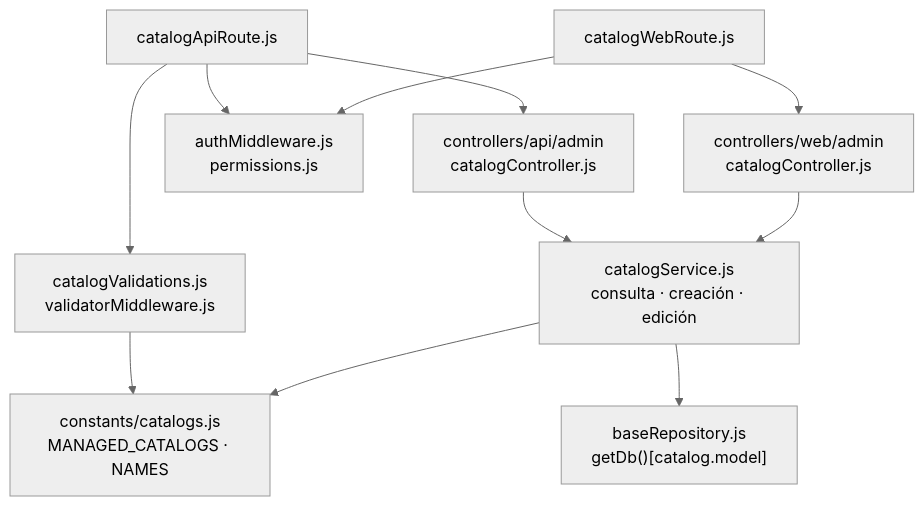
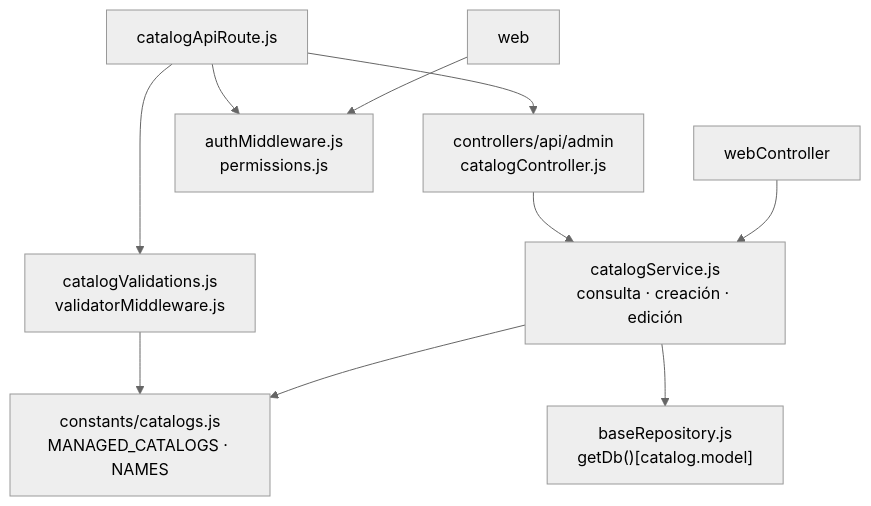
One commit to gpgsistemas01/nexus changed the diagram in back/docs/architecture/views/development/backend-technical-documentation/16-catalogs-code.md. Above: the diagram before and after it, drawn with Mermaid (neutral theme). The commit also changed other lines of this file and 956 other files, not shown here.

````diff
--- a/back/docs/architecture/views/development/backend-technical-documentation/16-catalogs-code.md
+++ b/back/docs/architecture/views/development/backend-technical-documentation/16-catalogs-code.md
@@ -17,13 +17,12 @@
 ```mermaid
 flowchart TB
     api["catalogApiRoute.js"] --> controller["controllers/api/admin<br/>catalogController.js"]
     api --> auth["authMiddleware.js<br/>permissions.js"]
     api --> validators["catalogValidations.js<br/>validatorMiddleware.js"]
-    web["catalogWebRoute.js"] --> webController["controllers/web/admin<br/>catalogController.js"]
     web --> auth
     controller --> service["catalogService.js<br/>consulta · creación · edición"]
     webController --> service
     validators --> registry["constants/catalogs.js<br/>MANAGED_CATALOGS · NAMES"]
     service --> registry
     service --> db["baseRepository.js<br/>getDb()[catalog.model]"]
 ```
````
